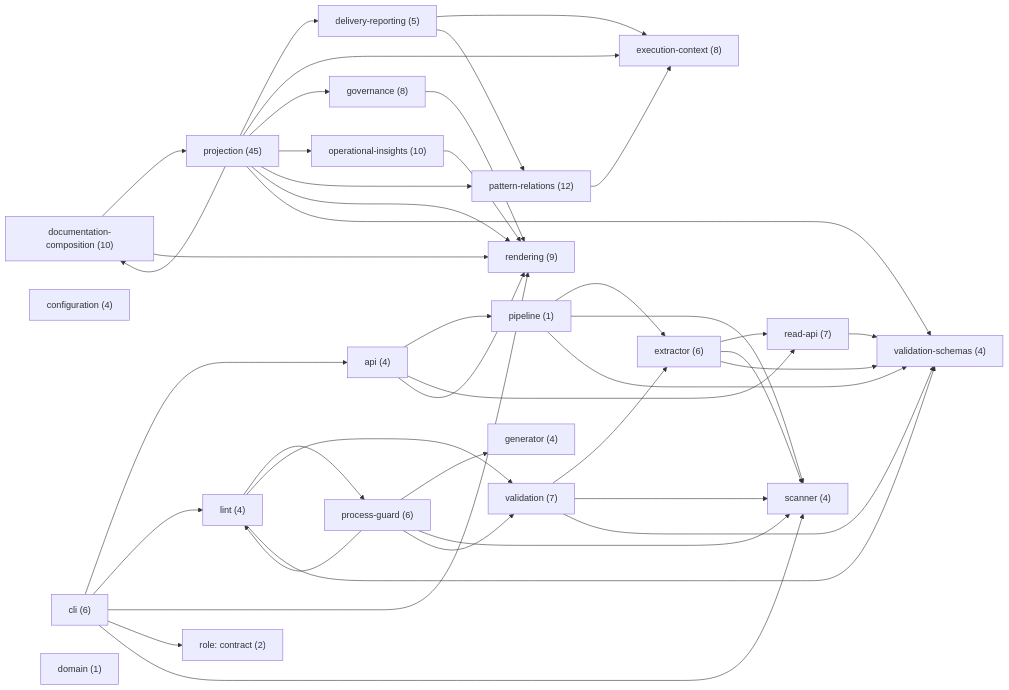
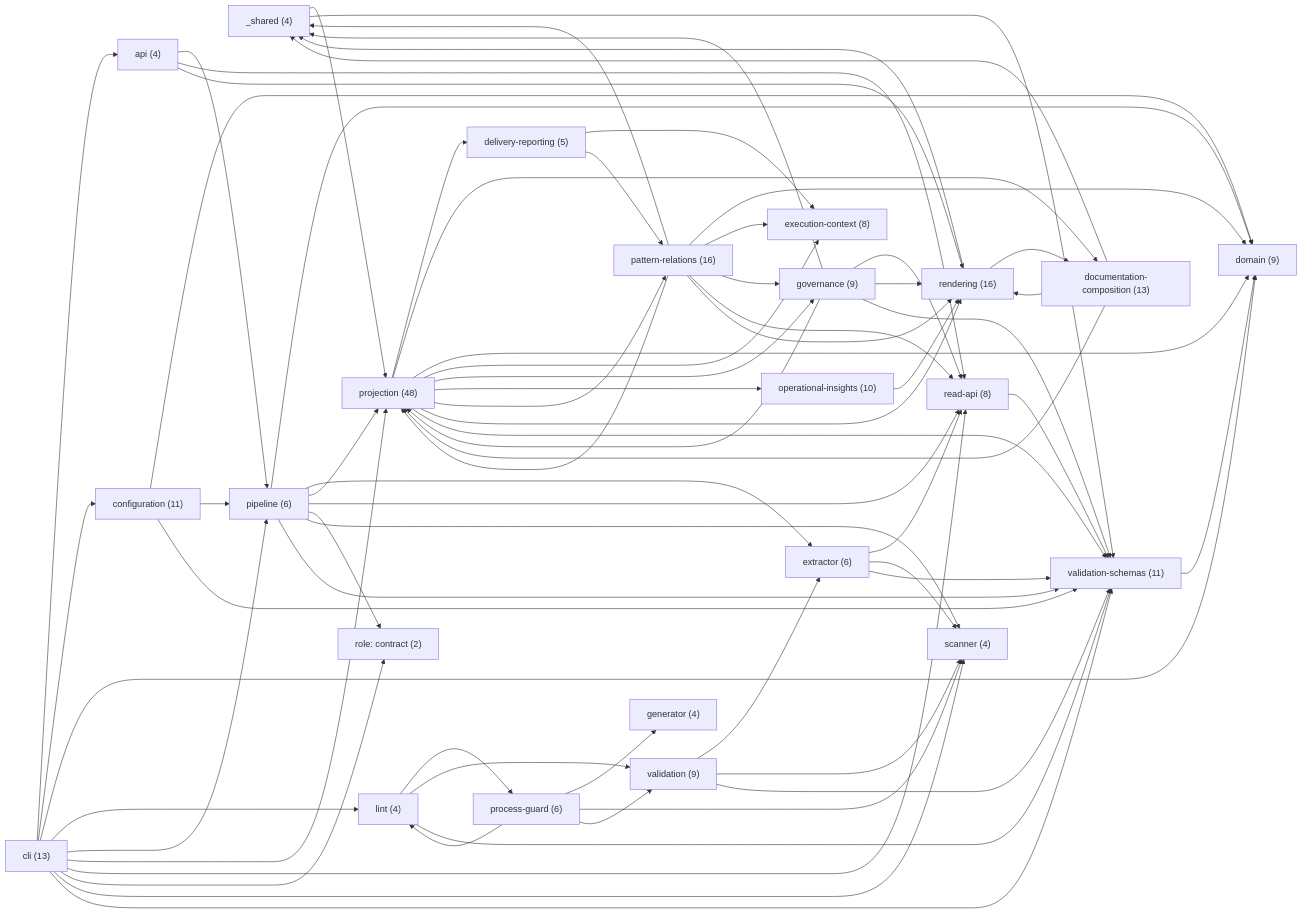
The first of 24 diagrams in docs-live/ARCHITECTURE.md (libar-dev/architect), drawn with Mermaid before and after one commit. The commit also changed other lines of this file and 21 other files, not shown here.

First line of the commit message:
docs(live): regenerate docs-live from the reshaped graph

````diff
--- a/docs-live/ARCHITECTURE.md
+++ b/docs-live/ARCHITECTURE.md
@@ -24,49 +24,75 @@
 ```mermaid
 graph LR
+  shared["_shared (4)"]
   api["api (4)"]
-  cli["cli (6)"]
-  configuration["configuration (4)"]
+  cli["cli (13)"]
+  configuration["configuration (11)"]
   delivery_reporting["delivery-reporting (5)"]
-  documentation_composition["documentation-composition (10)"]
-  domain["domain (1)"]
+  documentation_composition["documentation-composition (13)"]
+  domain["domain (9)"]
   execution_context["execution-context (8)"]
   extractor["extractor (6)"]
   generator["generator (4)"]
-  governance["governance (8)"]
+  governance["governance (9)"]
   lint["lint (4)"]
   operational_insights["operational-insights (10)"]
-  pattern_relations["pattern-relations (12)"]
-  pipeline["pipeline (1)"]
+  pattern_relations["pattern-relations (16)"]
+  pipeline["pipeline (6)"]
   process_guard["process-guard (6)"]
-  projection["projection (45)"]
-  read_api["read-api (7)"]
-  rendering["rendering (9)"]
+  projection["projection (48)"]
+  read_api["read-api (8)"]
+  rendering["rendering (16)"]
   scanner["scanner (4)"]
-  validation["validation (7)"]
-  validation_schemas["validation-schemas (4)"]
+  validation["validation (9)"]
+  validation_schemas["validation-schemas (11)"]
   role_contract["role: contract (2)"]
+  shared --> projection
+  shared --> validation_schemas
   api --> pipeline
   api --> read_api
   api --> rendering
   cli --> api
+  cli --> configuration
+  cli --> domain
   cli --> lint
-  cli --> rendering
+  cli --> pipeline
+  cli --> projection
+  cli --> read_api
   cli --> role_contract
   cli --> scanner
+  cli --> validation_schemas
+  configuration --> domain
+  configuration --> pipeline
+  configuration --> validation_schemas
   delivery_reporting --> execution_context
   delivery_reporting --> pattern_relations
+  documentation_composition --> shared
   documentation_composition --> projection
   documentation_composition --> rendering
   extractor --> read_api
   extractor --> scanner
   extractor --> validation_schemas
+  governance --> shared
+  governance --> projection
+  governance --> read_api
   governance --> rendering
+  governance --> validation_schemas
   lint --> process_guard
   lint --> validation
   lint --> validation_schemas
   operational_insights --> rendering
+  pattern_relations --> shared
+  pattern_relations --> domain
   pattern_relations --> execution_context
+  pattern_relations --> governance
+  pattern_relations --> projection
+  pattern_relations --> read_api
+  pattern_relations --> rendering
+  pipeline --> domain
   pipeline --> extractor
+  pipeline --> projection
+  pipeline --> read_api
+  pipeline --> role_contract
   pipeline --> scanner
   pipeline --> validation_schemas
   process_guard --> generator
@@ -75,6 +101,7 @@
   process_guard --> validation
   projection --> delivery_reporting
   projection --> documentation_composition
+  projection --> domain
   projection --> execution_context
   projection --> governance
   projection --> operational_insights
@@ -82,7 +109,10 @@
   projection --> rendering
   projection --> validation_schemas
   read_api --> validation_schemas
+  rendering --> shared
+  rendering --> documentation_composition
   validation --> extractor
   validation --> scanner
   validation --> validation_schemas
+  validation_schemas --> domain
 ```
````
